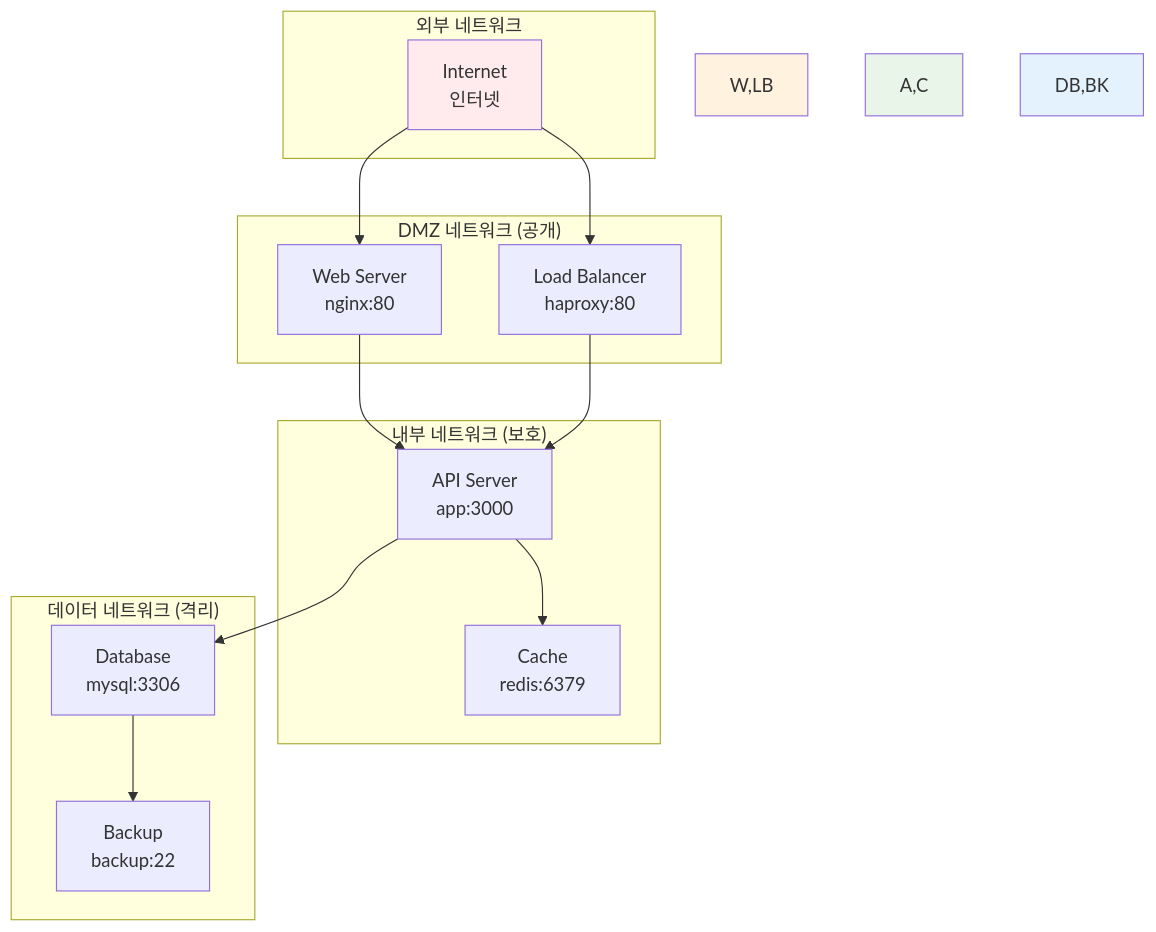
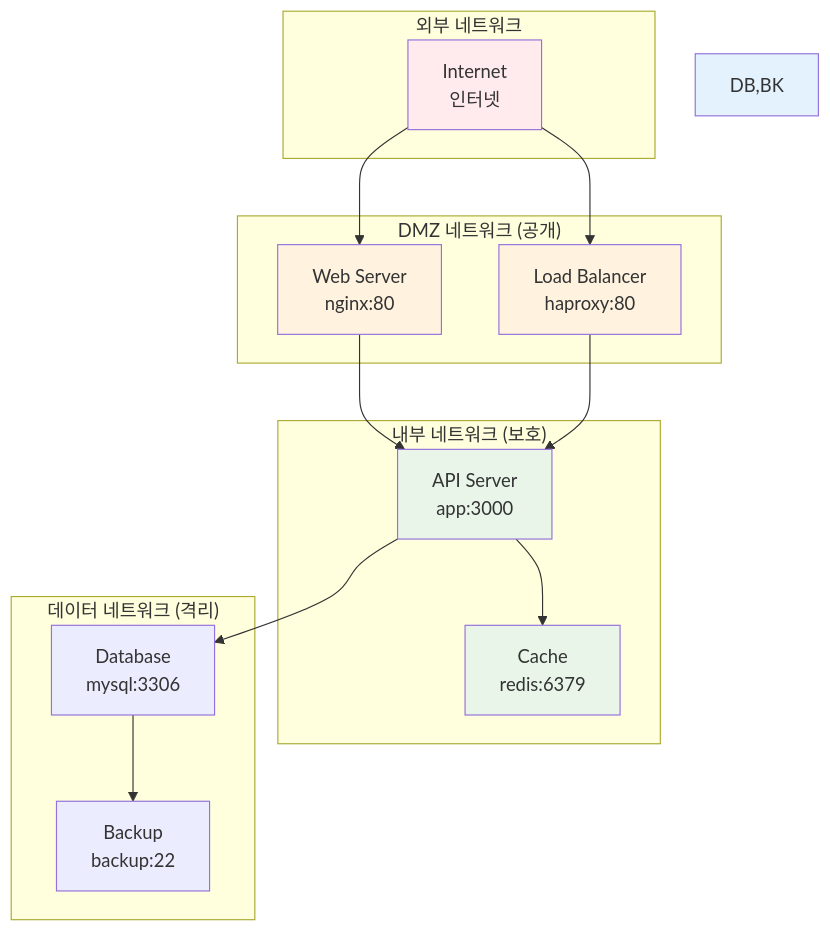
One commit to niceguy61/kdt_devops_lecture_2025 changed the second of 5 diagrams in theory/week_02/day1/session_3.md. Above: the diagram before and after it, drawn with Mermaid.

````diff
--- a/theory/week_02/day1/session_3.md
+++ b/theory/week_02/day1/session_3.md
@@ -61,34 +61,36 @@
 ```mermaid
 graph TB
     subgraph "외부 네트워크"
         I[Internet<br/>인터넷]
     end
     
     subgraph "DMZ 네트워크 (공개)"
         W[Web Server<br/>nginx:80]
         LB[Load Balancer<br/>haproxy:80]
     end
     
     subgraph "내부 네트워크 (보호)"
         A[API Server<br/>app:3000]
         C[Cache<br/>redis:6379]
     end
     
     subgraph "데이터 네트워크 (격리)"
         DB[Database<br/>mysql:3306]
         BK[Backup<br/>backup:22]
     end
     
     I --> W
     I --> LB
     W --> A
     LB --> A
     A --> C
     A --> DB
     DB --> BK
     
     style I fill:#ffebee
-    style W,LB fill:#fff3e0
-    style A,C fill:#e8f5e8
+    style W fill:#fff3e0
+    style LB fill:#fff3e0
+    style A fill:#e8f5e8
+    style C fill:#e8f5e8
     style DB,BK fill:#e3f2fd
 ```
````
